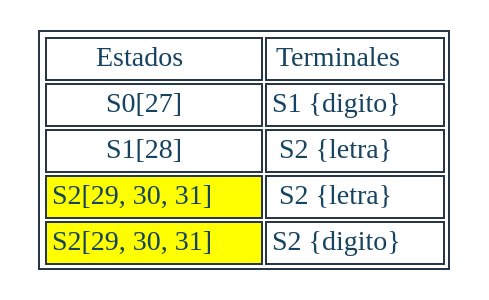
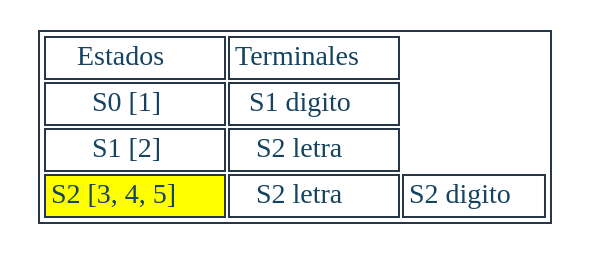
One commit to JeffMendez/OCL_Proyecto1_201901557 changed the diagram in Regexive/archivos/TRANSICIONES_201901557/RegTest.dot. Above: the diagram before and after it, drawn with Graphviz. The commit also changed 58 other files, not shown here.

```diff
--- a/Regexive/archivos/TRANSICIONES_201901557/RegTest.dot
+++ b/Regexive/archivos/TRANSICIONES_201901557/RegTest.dot
@@ -1,18 +1,14 @@
 digraph T {
 aHtmlTable [
    shape=plaintext
    color="#283747" fontcolor="#154360" label=<
 
    <table border='1' cellborder='1'>
    <tr>
       <td>Estados</td>
       <td>Terminales</td>
-   </tr>	<tr><td>S0[27]</td><td>S1 {digito}</td></tr>
-	<tr><td>S1[28]</td><td>S2 {letra}</td></tr>
-	<tr><td bgcolor="yellow">S2[29, 30, 31]</td><td>S2 {letra}</td></tr>
-	<tr><td bgcolor="yellow">S2[29, 30, 31]</td><td>S2 {digito}</td></tr>
-</table>
+   </tr><tr><td>S0 [1]</td><td>S1 digito</td></tr><tr><td>S1 [2]</td><td>S2 letra</td></tr><tr><td bgcolor="yellow"> S2 [3, 4, 5]</td><td>S2 letra</td><td>S2 digito</td></tr></table>
 
    >]; 
 
 }
```
